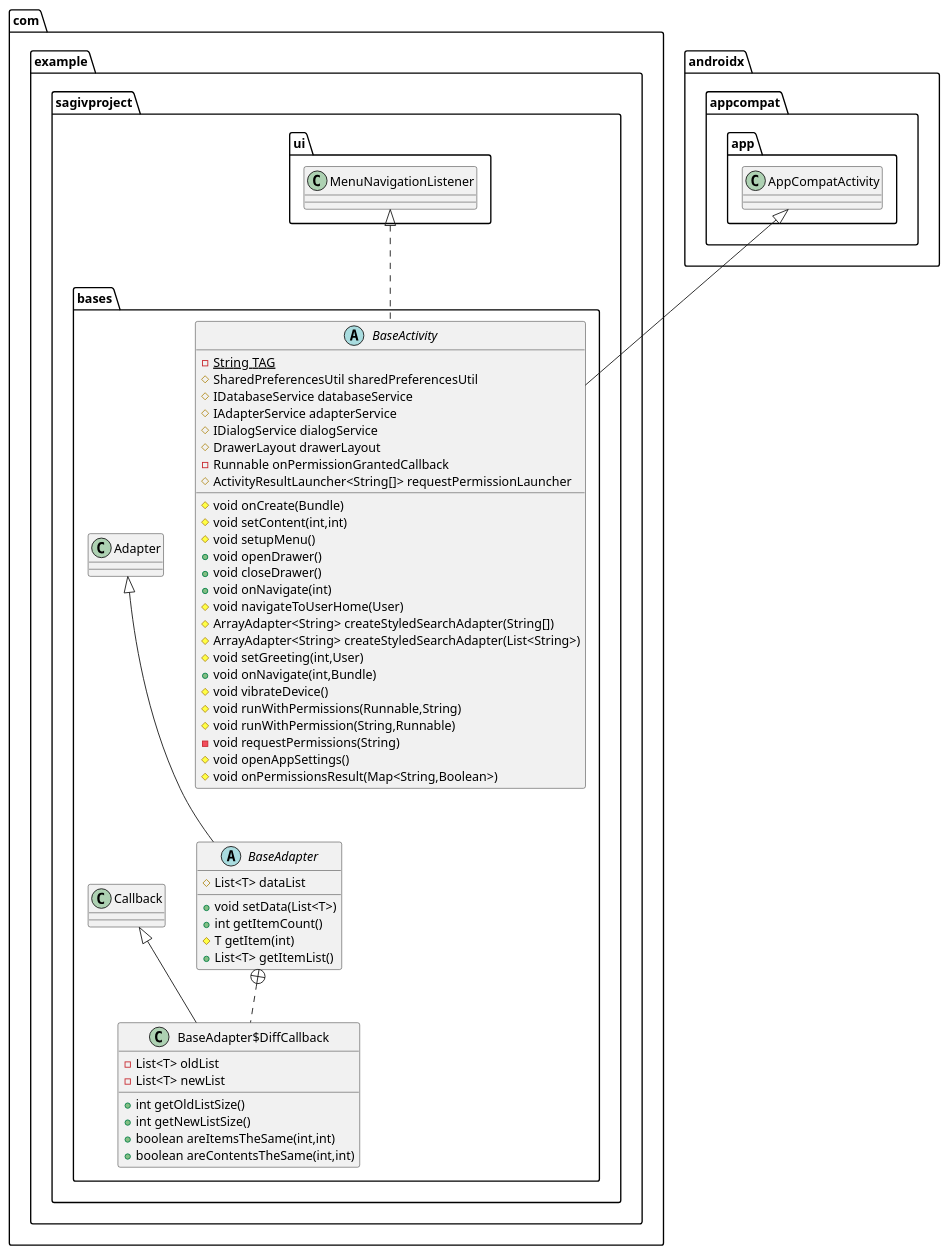
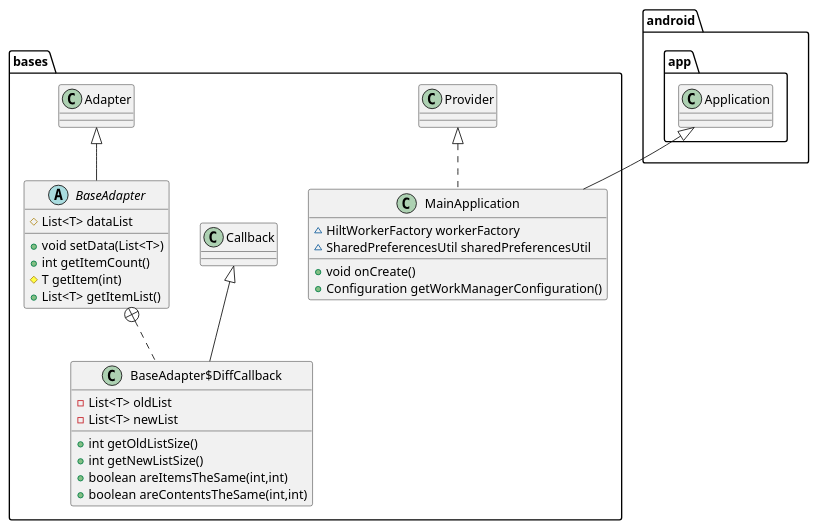
Before and after one commit to sagiv23/ShvilHazhav: the diagram in bsaes1.puml, drawn with PlantUML. The commit also changed 42 other files, not shown here.

```diff
--- a/bsaes1.puml
+++ b/bsaes1.puml
@@ -1,57 +1,36 @@
 @startuml
-abstract class com.example.sagivproject.bases.BaseAdapter {
+abstract class bases.BaseAdapter {
 # List<T> dataList
 + void setData(List<T>)
 + int getItemCount()
 # T getItem(int)
 + List<T> getItemList()
 }
 
 
-class com.example.sagivproject.bases.BaseAdapter$DiffCallback {
+class bases.BaseAdapter$DiffCallback {
 - List<T> oldList
 - List<T> newList
 + int getOldListSize()
 + int getNewListSize()
 + boolean areItemsTheSame(int,int)
 + boolean areContentsTheSame(int,int)
 }
 
 
-abstract class com.example.sagivproject.bases.BaseActivity {
-- {static} String TAG
-# SharedPreferencesUtil sharedPreferencesUtil
-# IDatabaseService databaseService
-# IAdapterService adapterService
-# IDialogService dialogService
-# DrawerLayout drawerLayout
-- Runnable onPermissionGrantedCallback
-# ActivityResultLauncher<String[]> requestPermissionLauncher
-# void onCreate(Bundle)
-# void setContent(int,int)
-# void setupMenu()
-+ void openDrawer()
-+ void closeDrawer()
-+ void onNavigate(int)
-# void navigateToUserHome(User)
-# ArrayAdapter<String> createStyledSearchAdapter(String[])
-# ArrayAdapter<String> createStyledSearchAdapter(List<String>)
-# void setGreeting(int,User)
-+ void onNavigate(int,Bundle)
-# void vibrateDevice()
-# void runWithPermissions(Runnable,String)
-# void runWithPermission(String,Runnable)
-- void requestPermissions(String)
-# void openAppSettings()
-# void onPermissionsResult(Map<String,Boolean>)
+class bases.MainApplication {
+~ HiltWorkerFactory workerFactory
+~ SharedPreferencesUtil sharedPreferencesUtil
++ void onCreate()
++ Configuration getWorkManagerConfiguration()
 }
 
 
 
 
-com.example.sagivproject.bases.Adapter <|-- com.example.sagivproject.bases.BaseAdapter
-com.example.sagivproject.bases.BaseAdapter +.. com.example.sagivproject.bases.BaseAdapter$DiffCallback
-com.example.sagivproject.bases.Callback <|-- com.example.sagivproject.bases.BaseAdapter$DiffCallback
-com.example.sagivproject.ui.MenuNavigationListener <|.. com.example.sagivproject.bases.BaseActivity
-androidx.appcompat.app.AppCompatActivity <|-- com.example.sagivproject.bases.BaseActivity
+bases.Adapter <|-- bases.BaseAdapter
+bases.BaseAdapter +.. bases.BaseAdapter$DiffCallback
+bases.Callback <|-- bases.BaseAdapter$DiffCallback
+bases.Provider <|.. bases.MainApplication
+android.app.Application <|-- bases.MainApplication
 @enduml
```
